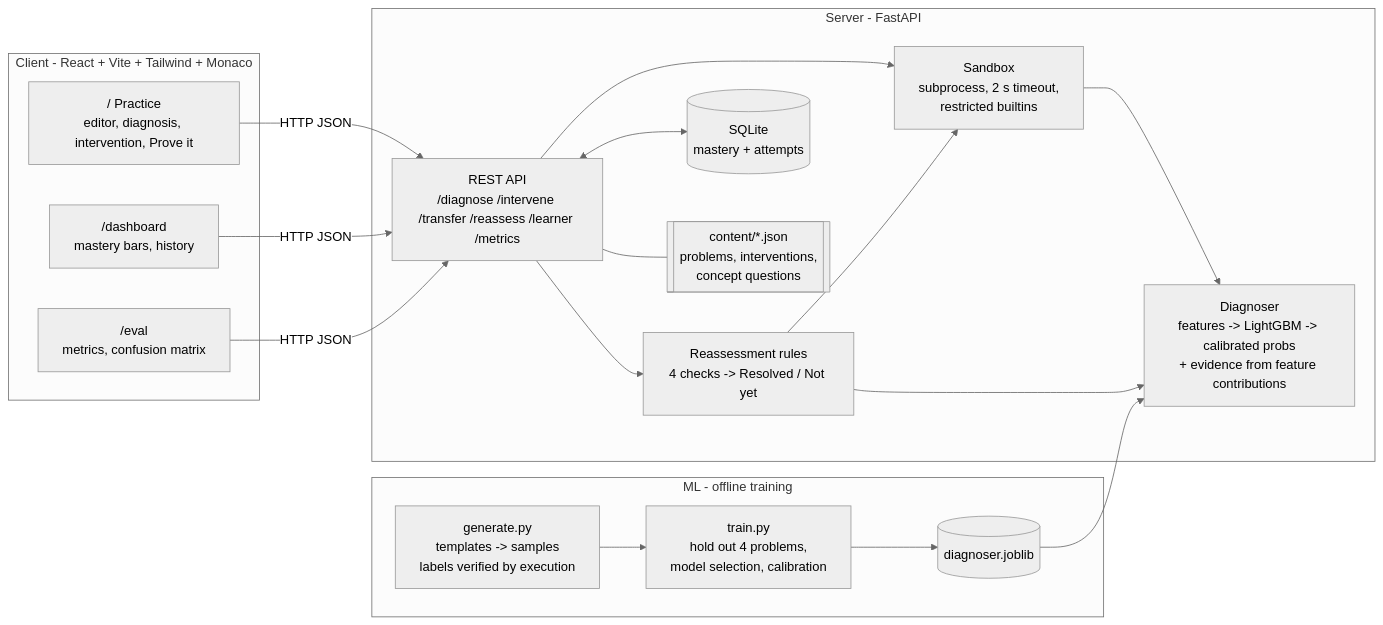
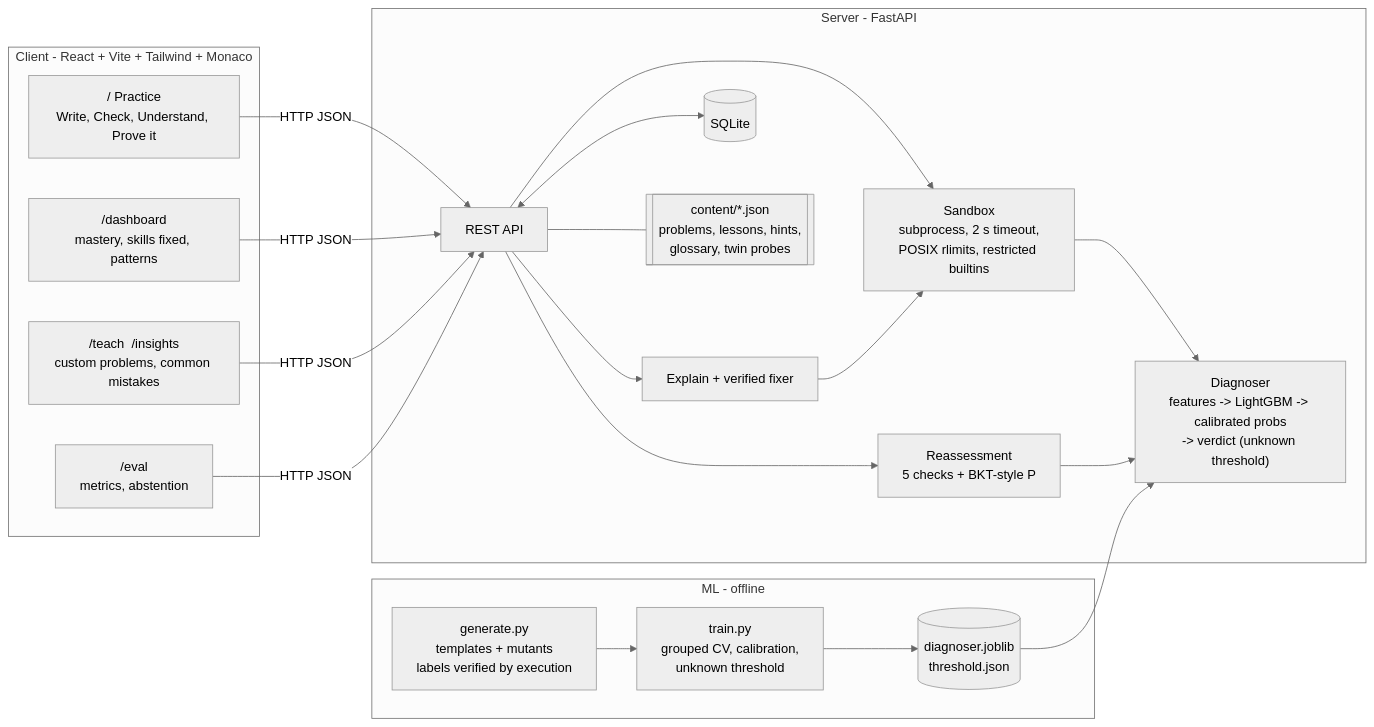
The first of 2 diagrams in README.md (itsjayrane/DaGOATS_maharashtra_round), drawn with Mermaid (neutral theme) before and after one commit. The commit also changed other lines of this file and 19 other files, not shown here.

````diff
--- a/README.md
+++ b/README.md
@@ -39,29 +42,30 @@
 ```mermaid
 flowchart LR
   subgraph FE["Client - React + Vite + Tailwind + Monaco"]
-    P["/ Practice<br/>editor, diagnosis, intervention, Prove it"]
-    D["/dashboard<br/>mastery bars, history"]
-    E["/eval<br/>metrics, confusion matrix"]
+    P["/ Practice<br/>Write, Check, Understand, Prove it"]
+    D["/dashboard<br/>mastery, skills fixed, patterns"]
+    T["/teach  /insights<br/>custom problems, common mistakes"]
+    E["/eval<br/>metrics, abstention"]
   end
   subgraph BE["Server - FastAPI"]
-    API["REST API<br/>/diagnose /intervene /transfer /reassess /learner /metrics"]
-    SB["Sandbox<br/>subprocess, 2 s timeout,<br/>restricted builtins"]
-    DG["Diagnoser<br/>features -> LightGBM -> calibrated probs<br/>+ evidence from feature contributions"]
-    RS["Reassessment rules<br/>4 checks -> Resolved / Not yet"]
-    DB[("SQLite<br/>mastery + attempts")]
-    CT[["content/*.json<br/>problems, interventions,<br/>concept questions"]]
+    API["REST API"]
+    SB["Sandbox<br/>subprocess, 2 s timeout,<br/>POSIX rlimits, restricted builtins"]
+    DG["Diagnoser<br/>features -> LightGBM -> calibrated probs<br/>-> verdict (unknown threshold)"]
+    EX["Explain + verified fixer"]
+    RS["Reassessment<br/>5 checks + BKT-style P"]
+    DB[("SQLite")]
+    CT[["content/*.json<br/>problems, lessons, hints,<br/>glossary, twin probes"]]
   end
-  subgraph ML["ML - offline training"]
-    GEN["generate.py<br/>templates -> samples<br/>labels verified by execution"]
-    TR["train.py<br/>hold out 4 problems,<br/>model selection, calibration"]
-    ART[("diagnoser.joblib")]
+  subgraph ML["ML - offline"]
+    GEN["generate.py<br/>templates + mutants<br/>labels verified by execution"]
+    TR["train.py<br/>grouped CV, calibration,<br/>unknown threshold"]
+    ART[("diagnoser.joblib<br/>threshold.json")]
   end
-  P & D & E -->|HTTP JSON| API
+  P & D & T & E -->|HTTP JSON| API
   API --> SB --> DG
-  API --> RS
-  RS --> SB
-  RS --> DG
+  API --> EX --> SB
+  API --> RS --> DG
   API <--> DB
   API --- CT
   GEN --> TR --> ART --> DG
 ```
````
